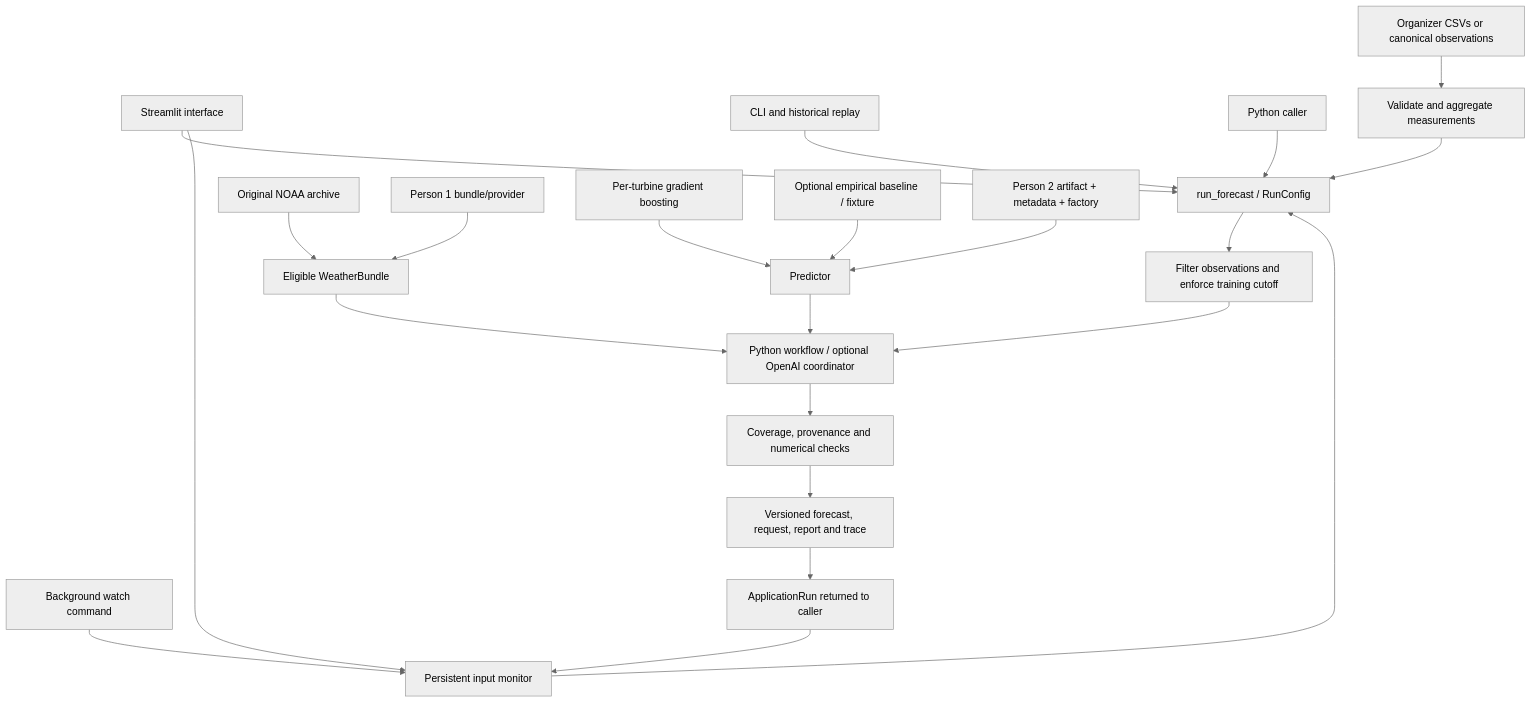
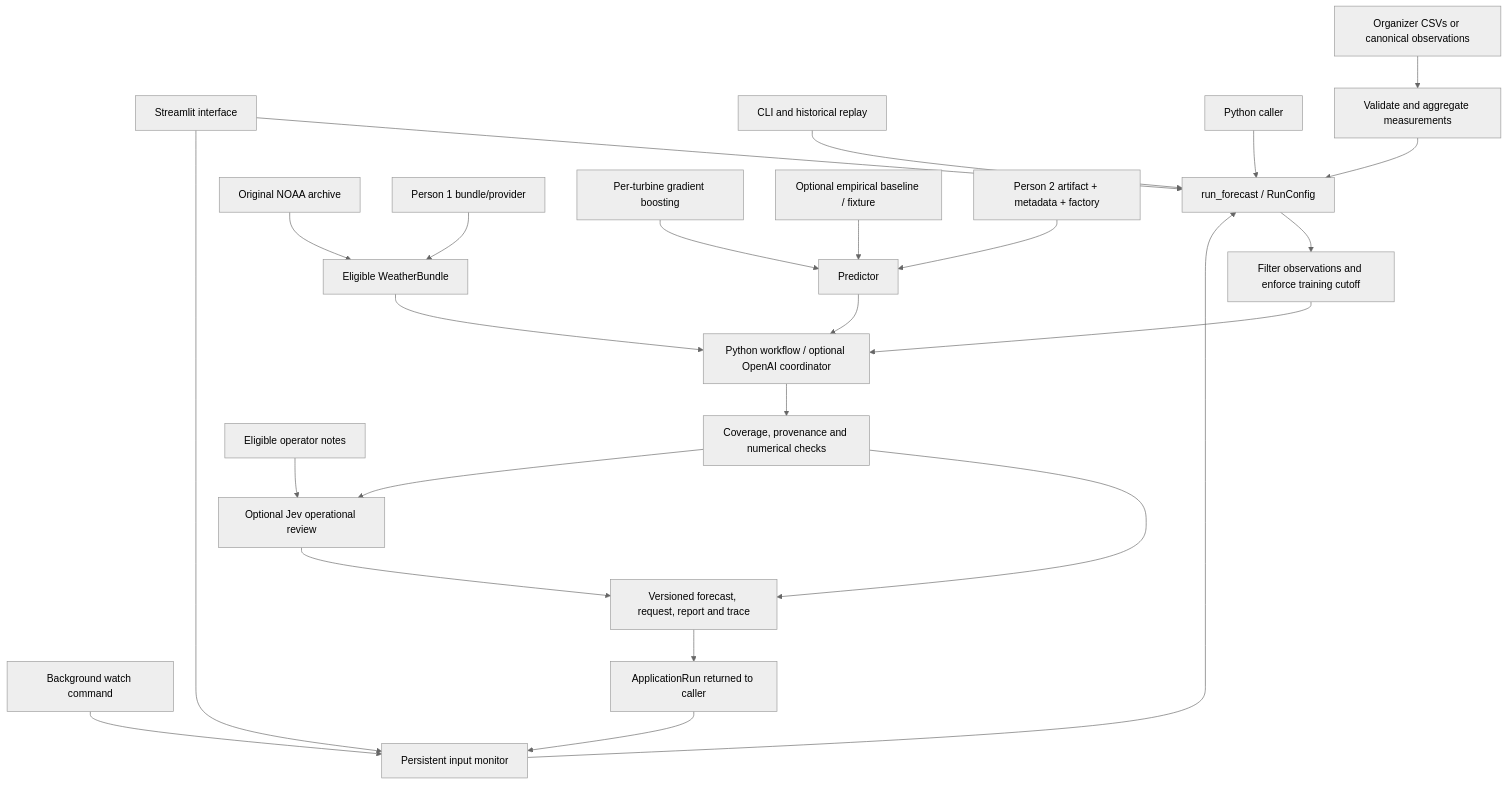
Before and after one commit to BAITC-Hacks/hack-79a39f16-imokazakhstan: the diagram in docs/architecture.md, drawn with Mermaid (neutral theme). The commit also changed other lines of this file and 10 other files, not shown here.

Commit message:
Integrate Jev near-term operational review into forecast workflow

````diff
--- a/docs/architecture.md
+++ b/docs/architecture.md
@@ -8,24 +8,27 @@
 ```mermaid
 flowchart TD
     UI[Streamlit interface] --> Service[run_forecast / RunConfig]
     CLI[CLI and historical replay] --> Service
     Monitor[Persistent input monitor] --> Service
     UI --> Monitor
     Watch[Background watch command] --> Monitor
     API[Python caller] --> Service
     CSV[Organizer CSVs or canonical observations] --> Adapter[Validate and aggregate measurements]
     Adapter --> Service
     Service --> Policy[Filter observations and enforce training cutoff]
     Policy --> Control[Python workflow / optional OpenAI coordinator]
     NOAA[Original NOAA archive] --> Weather[Eligible WeatherBundle]
     TeamWeather[Person 1 bundle/provider] --> Weather
     Weather --> Control
     ML[Per-turbine gradient boosting] --> Model[Predictor]
     Baseline[Optional empirical baseline / fixture] --> Model
     TeamModel[Person 2 artifact + metadata + factory] --> Model
     Model --> Control
     Control --> Checks[Coverage, provenance and numerical checks]
     Checks --> Artifacts[Versioned forecast, request, report and trace]
+    Checks --> Jev[Optional Jev operational review]
+    Notes[Eligible operator notes] --> Jev
+    Jev --> Artifacts
     Artifacts --> Result[ApplicationRun returned to caller]
     Result --> Monitor
 ```
````
